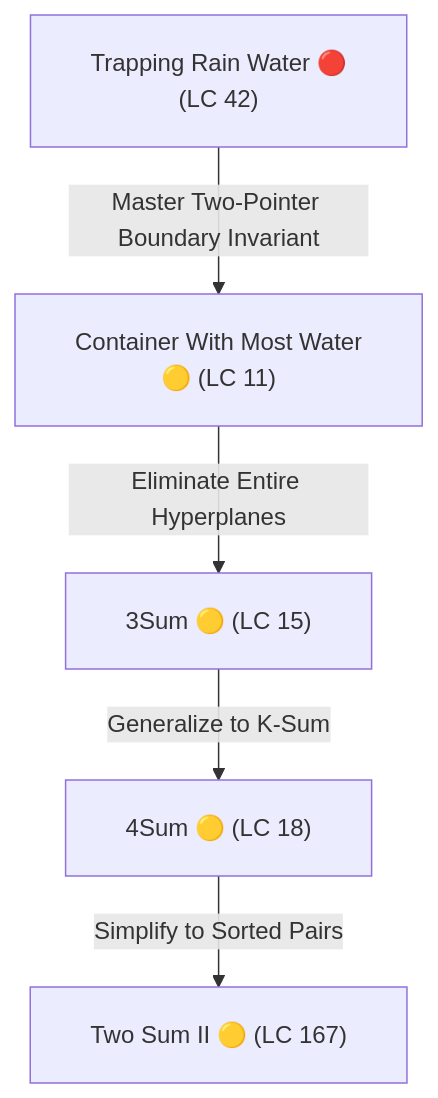
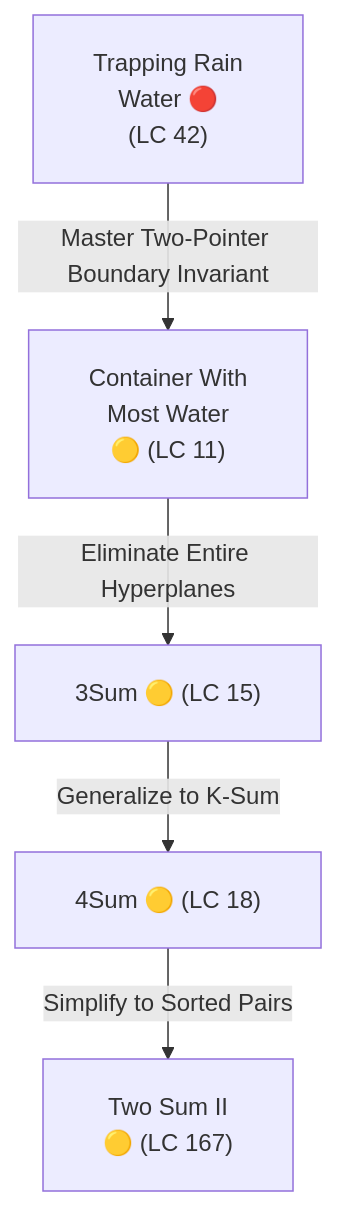
Diagram 14 of 19 in Senior_dsa_question_list.md (dip4k/DSA_102), drawn with Mermaid before and after one commit. The commit also changed other lines of this file and 106 other files, not shown here.

First line of the commit message:
fix(mermaid): prevent text clipping with foreignObject overflow and tighter line wrapping

````diff
--- a/Senior_dsa_question_list.md
+++ b/Senior_dsa_question_list.md
@@ -1030,8 +1030,8 @@
 ```mermaid
-%%{init: {"flowchart": {"htmlLabels": true, "padding": 20}}}%%
+%%{init: {"flowchart": {"htmlLabels": true, "padding": 20}, "themeCSS": "foreignObject { overflow: visible !important; }"}}%%
 flowchart TD
-    A["Trapping Rain Water 🔴<br/>(LC 42)"] -->|Master Two-Pointer Boundary Invariant| B["Container With Most Water<br/>🟡 (LC 11)"]
+    A["Trapping Rain<br/>Water 🔴<br/>(LC 42)"] -->|Master Two-Pointer Boundary Invariant| B["Container With<br/>Most Water<br/>🟡 (LC 11)"]
     B -->|Eliminate Entire Hyperplanes| C["3Sum 🟡 (LC 15)"]
     C -->|Generalize to K-Sum| D["4Sum 🟡 (LC 18)"]
-    D -->|Simplify to Sorted Pairs| E["Two Sum II 🟡 (LC 167)"]
+    D -->|Simplify to Sorted Pairs| E["Two Sum II<br/>🟡 (LC 167)"]
 ```
````
